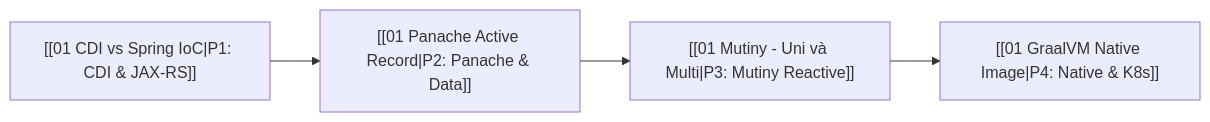
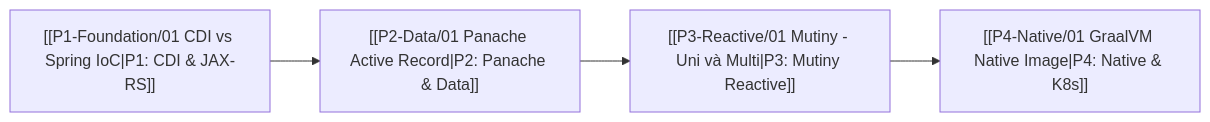
The third of 3 diagrams in quartz/content/JVM-Frameworks-2026/01-Quarkus/00 Quarkus Overview.md (dangthobach/dangthobach.github.io), drawn with Mermaid before and after one commit. The commit also changed other lines of this file and 420 other files, not shown here.

````diff
--- a/quartz/content/JVM-Frameworks-2026/01-Quarkus/00 Quarkus Overview.md
+++ b/quartz/content/JVM-Frameworks-2026/01-Quarkus/00 Quarkus Overview.md
@@ -126,7 +126,7 @@
 ```mermaid
 flowchart LR
-    A["[[01 CDI vs Spring IoC|P1: CDI & JAX-RS]]"] -->
-    B["[[01 Panache Active Record|P2: Panache & Data]]"] -->
-    C["[[01 Mutiny - Uni và Multi|P3: Mutiny Reactive]]"] -->
-    D["[[01 GraalVM Native Image|P4: Native & K8s]]"]
+    A["[[P1-Foundation/01 CDI vs Spring IoC|P1: CDI & JAX-RS]]"] -->
+    B["[[P2-Data/01 Panache Active Record|P2: Panache & Data]]"] -->
+    C["[[P3-Reactive/01 Mutiny - Uni và Multi|P3: Mutiny Reactive]]"] -->
+    D["[[P4-Native/01 GraalVM Native Image|P4: Native & K8s]]"]
 ```
````
